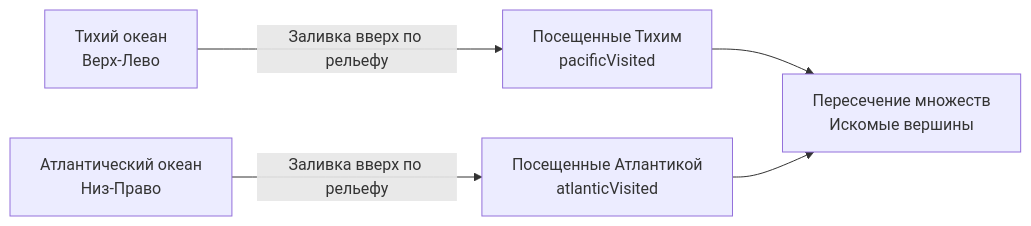
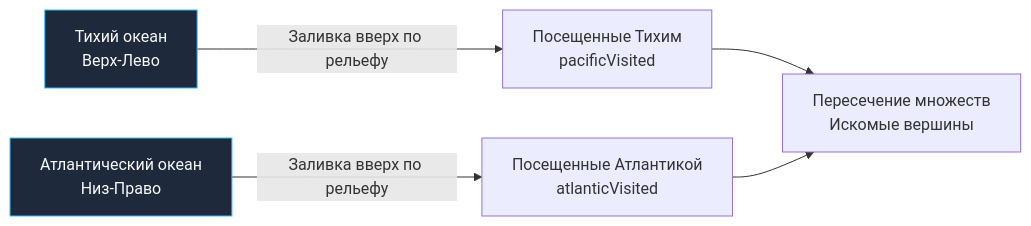
Before and after one commit to UnrealTemplier/go-textbook: the diagram in sources/21. Задачи с LeetCode и собеседований на Go/02. Задачи/14. Графы/6. Pacific Atlantic Water Flow.md, drawn with Mermaid. The commit also changed 1666 other files, not shown here.

First line of the commit message:
feat(mermaid): add semantic color classDef to 1369 colorless flowchart/graph diagrams

````diff
--- a/sources/21. Задачи с LeetCode и собеседований на Go/02. Задачи/14. Графы/6. Pacific Atlantic Water Flow.md
+++ b/sources/21. Задачи с LeetCode и собеседований на Go/02. Задачи/14. Графы/6. Pacific Atlantic Water Flow.md
@@ -34,8 +34,18 @@
 ```mermaid
 graph LR
-    A["Тихий океан<br>Верх-Лево"] -->|"Заливка вверх по рельефу"| B["Посещенные Тихим<br>pacificVisited"]
-    C["Атлантический океан<br>Низ-Право"] -->|"Заливка вверх по рельефу"| D["Посещенные Атлантикой<br>atlanticVisited"]
+    classDef process  fill:#1e293b,stroke:#38bdf8,stroke-width:1px,color:#f8fafc
+    classDef success  fill:#064e3b,stroke:#34d399,stroke-width:1px,color:#f8fafc
+    classDef error    fill:#7f1d1d,stroke:#f87171,stroke-width:1px,color:#f8fafc
+    classDef warning  fill:#78350f,stroke:#fbbf24,stroke-width:1px,color:#f8fafc
+    classDef entry    fill:#1e3a5f,stroke:#38bdf8,stroke-width:2px,color:#f8fafc
+    classDef aux      fill:#334155,stroke:#64748b,stroke-width:1px,color:#f8fafc
+    classDef system   fill:#312e81,stroke:#a78bfa,stroke-width:1px,color:#f8fafc
+    classDef data     fill:#132d29,stroke:#2dd4bf,stroke-width:1px,color:#f8fafc
+    classDef network  fill:#881337,stroke:#fb7185,stroke-width:1px,color:#f8fafc
+    classDef accent   fill:#1e1b4b,stroke:#818cf8,stroke-width:1px,color:#f8fafc
+    A["Тихий океан<br>Верх-Лево"]:::process -->|"Заливка вверх по рельефу"| B["Посещенные Тихим<br>pacificVisited"]
+    C["Атлантический океан<br>Низ-Право"]:::process -->|"Заливка вверх по рельефу"| D["Посещенные Атлантикой<br>atlanticVisited"]
     
     B --> E["Пересечение множеств<br>Искомые вершины"]
     D --> E
 ```
````
